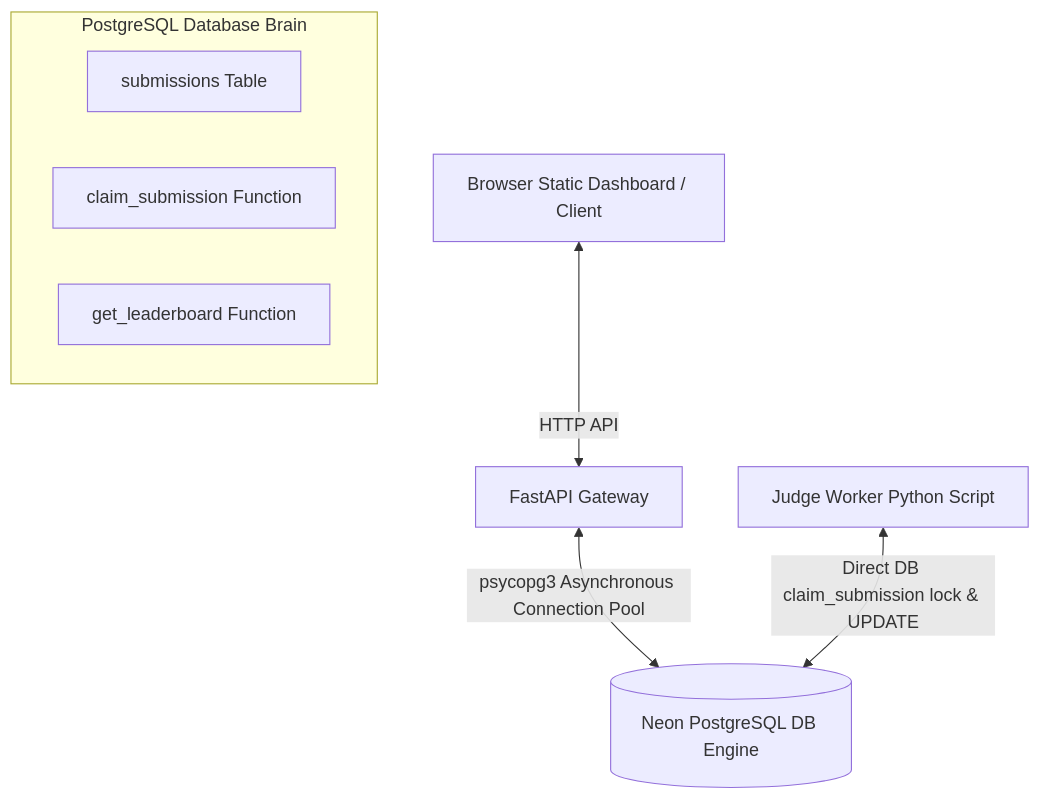
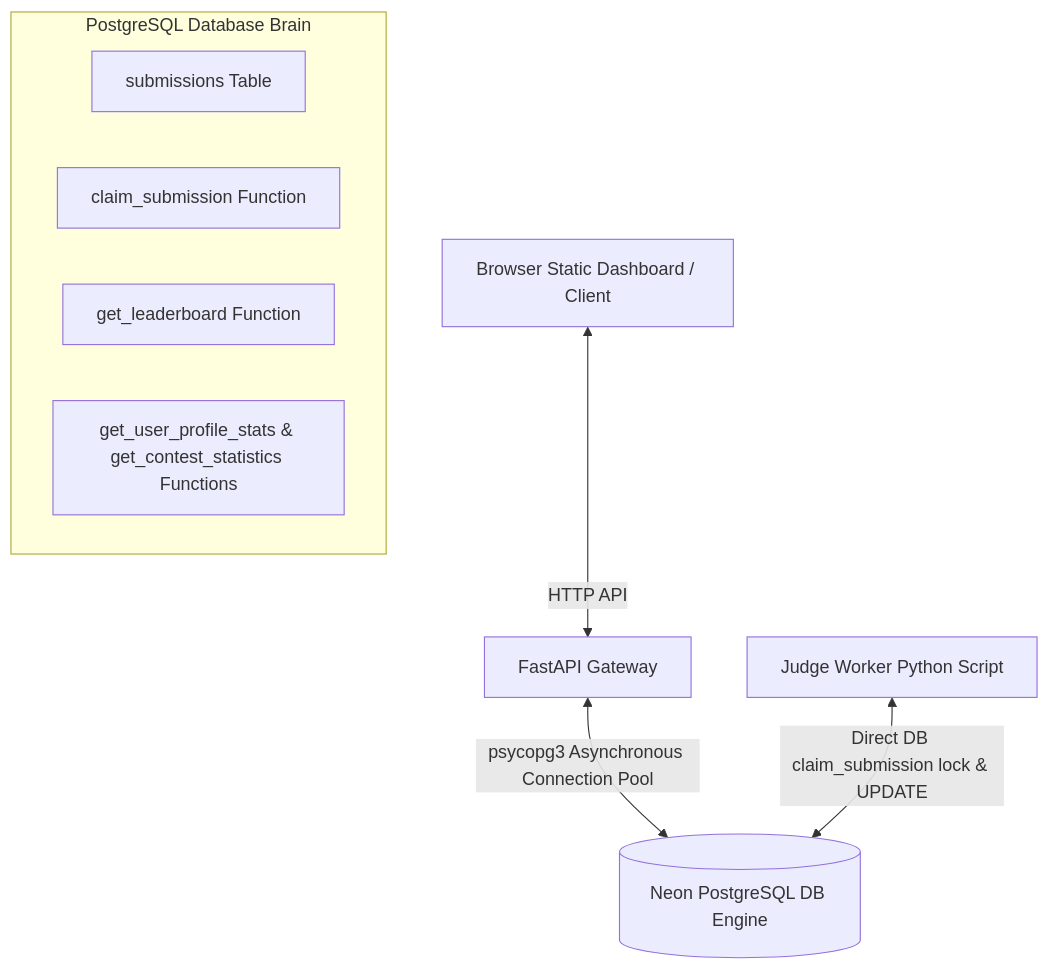
One commit to safwansatil/contestDb changed the first of 2 diagrams in docs/architecture_and_erd.md. Above: the diagram before and after it, drawn with Mermaid. The commit also changed other lines of this file and 10 other files, not shown here.

Commit message:
feat(db): implement user profiles, activity graphs, and contest insights (#1)

````diff
--- a/docs/architecture_and_erd.md
+++ b/docs/architecture_and_erd.md
@@ -11,12 +11,13 @@
 ```mermaid
 graph TD
     Client[Browser Static Dashboard / Client] <-->|HTTP API| API[FastAPI Gateway]
     API <-->|psycopg3 Asynchronous Connection Pool| DB[(Neon PostgreSQL DB Engine)]
     Worker[Judge Worker Python Script] <-->|Direct DB claim_submission lock & UPDATE| DB
 
     subgraph "PostgreSQL Database Brain"
         QueueTable[submissions Table]
         ClaimFunction[claim_submission Function]
         LeaderboardFunction[get_leaderboard Function]
+        StatsFunctions[get_user_profile_stats & get_contest_statistics Functions]
     end
 ```
````
